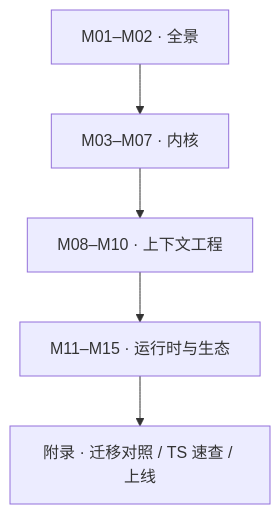
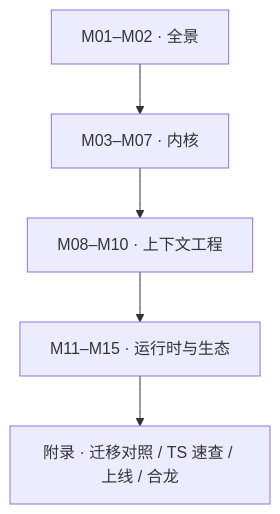
One commit to Daniel-csvw/pi-agent-book changed the diagram in README.md. Above: the diagram before and after it, drawn with Mermaid. The commit also changed other lines of this file and 20 other files, not shown here.

````diff
--- a/README.md
+++ b/README.md
@@ -126,7 +128,7 @@
 ```mermaid
 flowchart TB
     A["M01–M02 · 全景"] --> B["M03–M07 · 内核"]
     B --> C["M08–M10 · 上下文工程"]
     C --> D["M11–M15 · 运行时与生态"]
-    D --> E["附录 · 迁移对照 / TS 速查 / 上线"]
+    D --> E["附录 · 迁移对照 / TS 速查 / 上线 / 合龙"]
 ```
````
